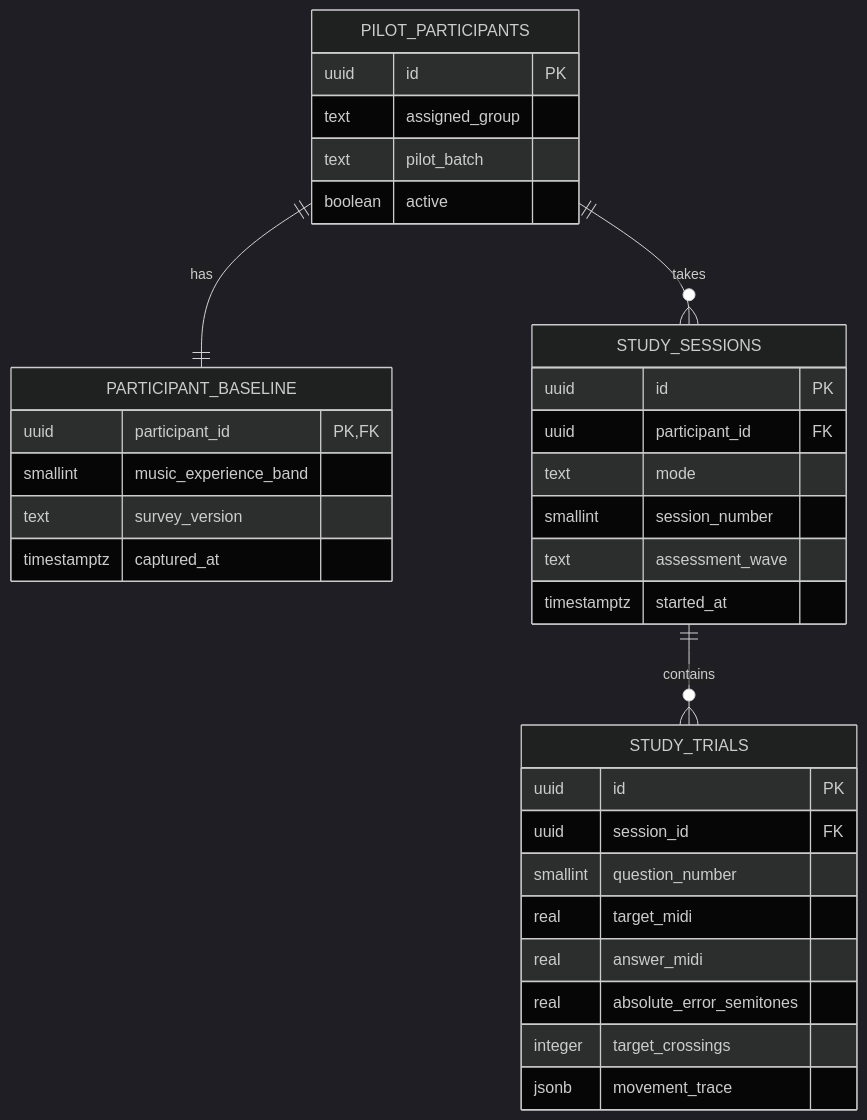
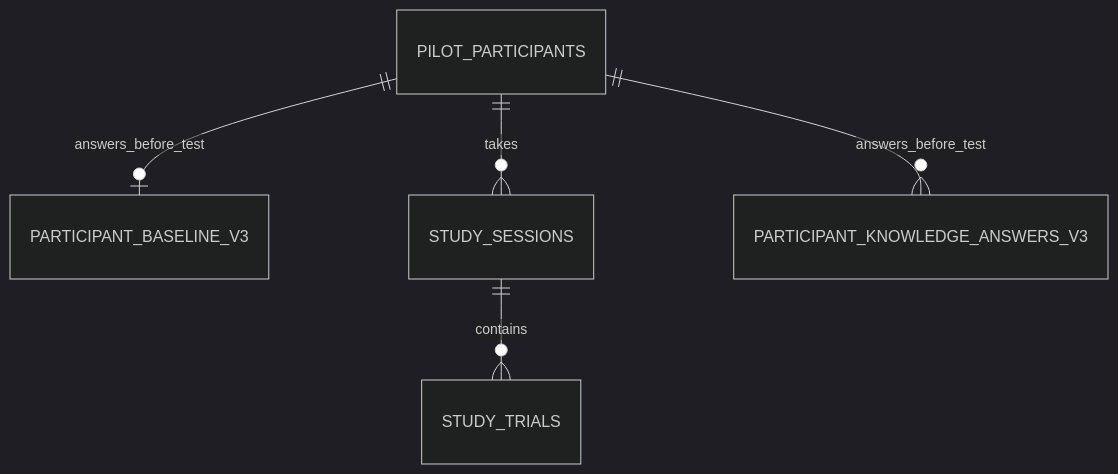
One commit to ihiahipg/1onkan- changed the diagram in DATA_MODEL_PILOT.md. Above: the diagram before and after it, drawn with Mermaid (dark theme). The commit also changed other lines of this file and 18 other files, not shown here.

Commit message:
Move all baseline survey items before pretest

````diff
--- a/DATA_MODEL_PILOT.md
+++ b/DATA_MODEL_PILOT.md
@@ -5,36 +5,7 @@
 ```mermaid
 erDiagram
-  PILOT_PARTICIPANTS ||--|| PARTICIPANT_BASELINE : has
+  PILOT_PARTICIPANTS ||--o| PARTICIPANT_BASELINE_V3 : answers_before_test
   PILOT_PARTICIPANTS ||--o{ STUDY_SESSIONS : takes
+  PILOT_PARTICIPANTS ||--o{ PARTICIPANT_KNOWLEDGE_ANSWERS_V3 : answers_before_test
   STUDY_SESSIONS ||--o{ STUDY_TRIALS : contains
-  PILOT_PARTICIPANTS {
-    uuid id PK
-    text assigned_group
-    text pilot_batch
-    boolean active
-  }
-  PARTICIPANT_BASELINE {
-    uuid participant_id PK,FK
-    smallint music_experience_band
-    text survey_version
-    timestamptz captured_at
-  }
-  STUDY_SESSIONS {
-    uuid id PK
-    uuid participant_id FK
-    text mode
-    smallint session_number
-    text assessment_wave
-    timestamptz started_at
-  }
-  STUDY_TRIALS {
-    uuid id PK
-    uuid session_id FK
-    smallint question_number
-    real target_midi
-    real answer_midi
-    real absolute_error_semitones
-    integer target_crossings
-    jsonb movement_trace
-  }
 ```
````
